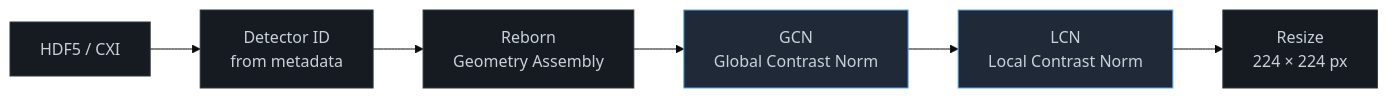
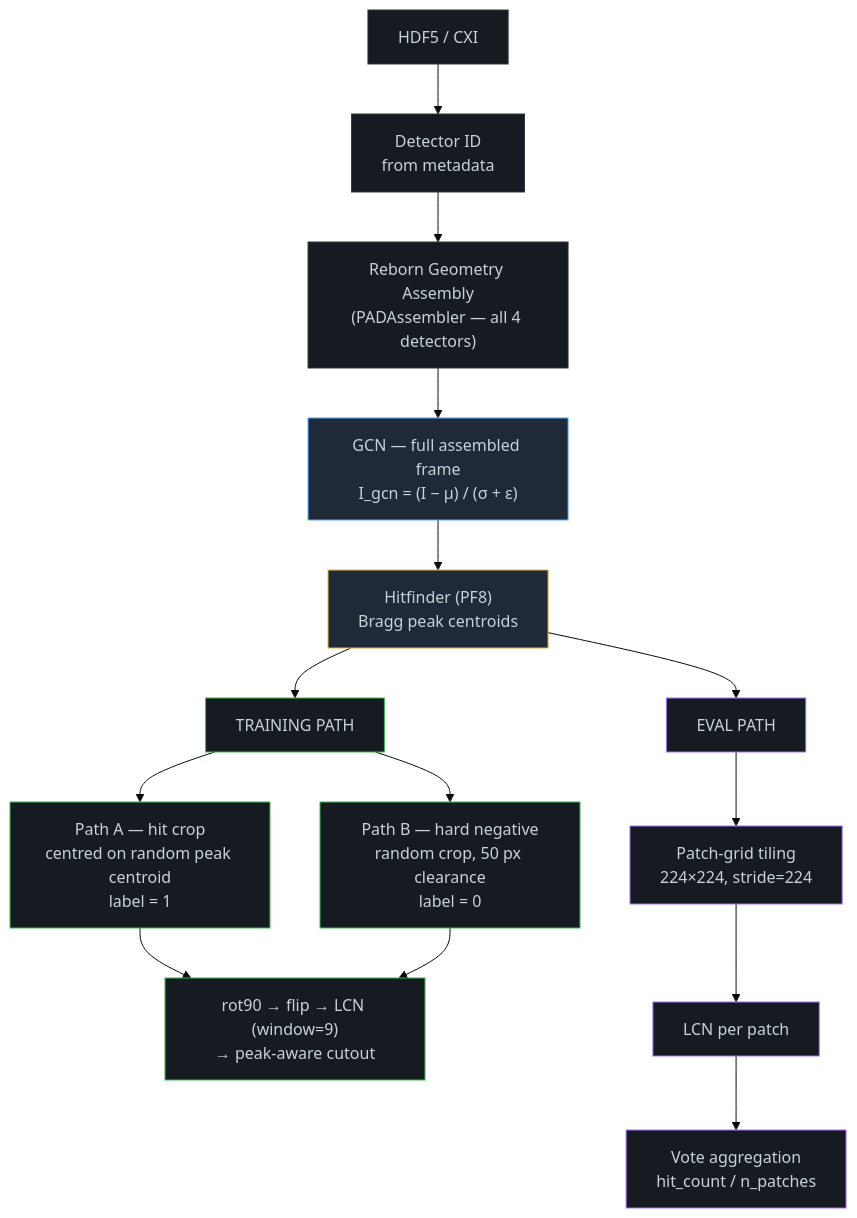
The first of 2 diagrams in README.md (gihankaushyal/Hit_finder), drawn with Mermaid (base theme) before and after one commit. The commit also changed other lines of this file, not shown here.

Commit message:
docs(readme): replace preprocessing diagram — crop not resize, add hitfinder branching

````diff
--- a/README.md
+++ b/README.md
@@ -30,15 +30,34 @@
 ```mermaid
-flowchart LR
+flowchart TD
     A["HDF5 / CXI"] --> B["Detector ID\nfrom metadata"]
-    B --> C["Reborn\nGeometry Assembly"]
-    C --> D["GCN\nGlobal Contrast Norm"]
-    D --> E["LCN\nLocal Contrast Norm"]
-    E --> F["Resize\n224 × 224 px"]
+    B --> C["Reborn Geometry Assembly\n(PADAssembler — all 4 detectors)"]
+    C --> D["GCN — full assembled frame\nI_gcn = (I − μ) / (σ + ε)"]
+    D --> HF["Hitfinder (PF8)\nBragg peak centroids"]
+
+    HF --> TRAIN["TRAINING PATH"]
+    HF --> EVAL["EVAL PATH"]
+
+    TRAIN --> PA["Path A — hit crop\ncentred on random peak centroid\nlabel = 1"]
+    TRAIN --> PB["Path B — hard negative\nrandom crop, 50 px clearance\nlabel = 0"]
+
+    PA --> AUG["rot90 → flip → LCN (window=9)\n→ peak-aware cutout"]
+    PB --> AUG
+
+    EVAL --> GRID["Patch-grid tiling\n224×224, stride=224"]
+    GRID --> ELCN["LCN per patch"]
+    ELCN --> AGG["Vote aggregation\nhit_count / n_patches"]
 
     style A fill:#161b22,stroke:#30363d,color:#c9d1d9
     style B fill:#161b22,stroke:#30363d,color:#c9d1d9
     style C fill:#161b22,stroke:#30363d,color:#c9d1d9
     style D fill:#1f2937,stroke:#58a6ff,color:#c9d1d9
-    style E fill:#1f2937,stroke:#58a6ff,color:#c9d1d9
-    style F fill:#161b22,stroke:#30363d,color:#c9d1d9
+    style HF fill:#1f2937,stroke:#e3b341,color:#c9d1d9
+    style TRAIN fill:#161b22,stroke:#3fb950,color:#c9d1d9
+    style EVAL fill:#161b22,stroke:#a371f7,color:#c9d1d9
+    style PA fill:#161b22,stroke:#3fb950,color:#c9d1d9
+    style PB fill:#161b22,stroke:#3fb950,color:#c9d1d9
+    style AUG fill:#161b22,stroke:#3fb950,color:#c9d1d9
+    style GRID fill:#161b22,stroke:#a371f7,color:#c9d1d9
+    style ELCN fill:#161b22,stroke:#a371f7,color:#c9d1d9
+    style AGG fill:#161b22,stroke:#a371f7,color:#c9d1d9
 ```
````
